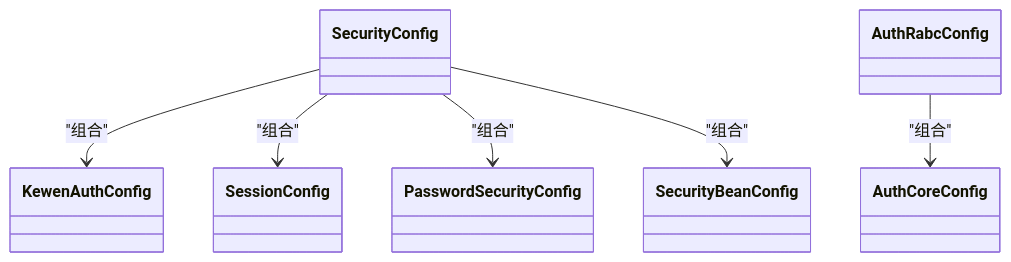
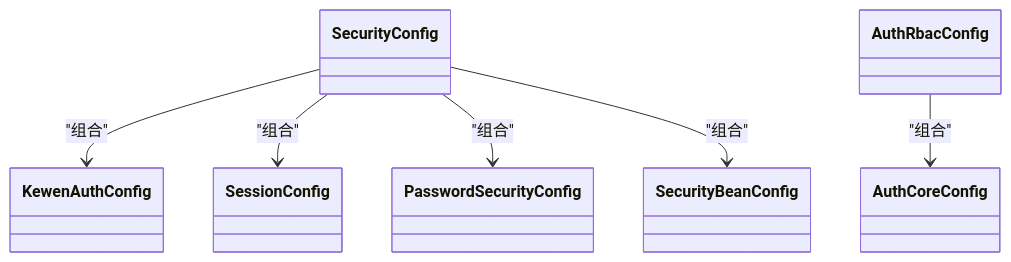
The third of 6 diagrams in .qoder/repowiki/zh/content/项目概述.md (LiukewenSC/kewen-framework), drawn with Mermaid before and after one commit. The commit also changed other lines of this file and 764 other files, not shown here.

````diff
--- a/.qoder/repowiki/zh/content/项目概述.md
+++ b/.qoder/repowiki/zh/content/项目概述.md
@@ -167,15 +167,15 @@
 ```mermaid
 classDiagram
 class SecurityConfig
 class KewenAuthConfig
 class SessionConfig
 class PasswordSecurityConfig
 class SecurityBeanConfig
-class AuthRabcConfig
+class AuthRbacConfig
 class AuthCoreConfig
 SecurityConfig --> KewenAuthConfig : "组合"
 SecurityConfig --> SessionConfig : "组合"
 SecurityConfig --> PasswordSecurityConfig : "组合"
 SecurityConfig --> SecurityBeanConfig : "组合"
-AuthRabcConfig --> AuthCoreConfig : "组合"
+AuthRbacConfig --> AuthCoreConfig : "组合"
 ```
````
